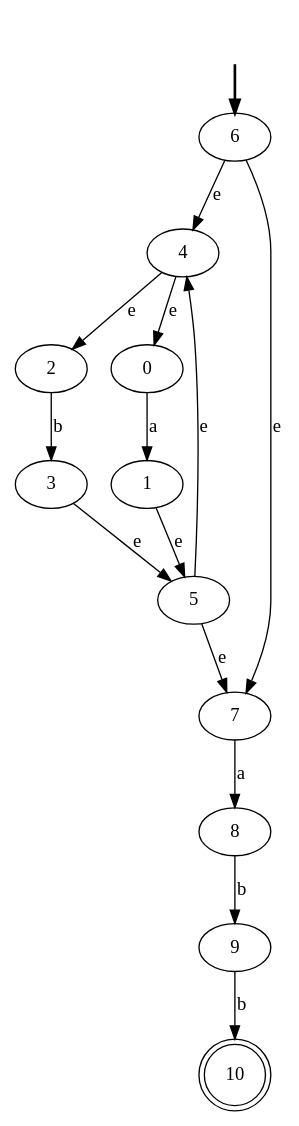
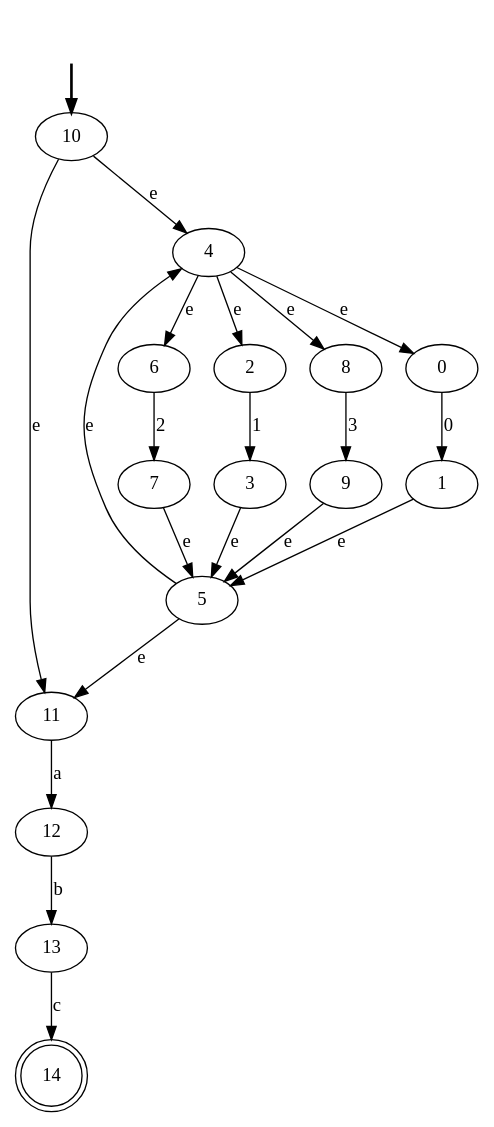
Before and after one commit to maupeon/Compiladores: the diagram in Tarea 1/graphic_NFA.dot, drawn with Graphviz. The commit also changed 14 other files, not shown here.

```diff
--- a/Tarea 1/graphic_NFA.dot
+++ b/Tarea 1/graphic_NFA.dot
@@ -1,28 +1,38 @@
 digraph {
 	fake0 [style=invisible]
+	14 [shape=doublecircle]
+	6
+	9
 	2
-	9
-	10 [shape=doublecircle]
 	8
+	12
+	5
+	7
+	11
+	1
 	4
+	13
+	3
 	0
-	3
-	7
-	1
-	6 [root=true]
-	5
-	fake0 -> 6 [style=bold]
-	0 -> 1 [label=a]
-	2 -> 3 [label=b]
+	10 [root=true]
+	fake0 -> 10 [style=bold]
+	0 -> 1 [label=0]
+	2 -> 3 [label=1]
+	4 -> 2 [label=e]
+	4 -> 6 [label=e]
+	4 -> 8 [label=e]
 	4 -> 0 [label=e]
-	4 -> 2 [label=e]
 	1 -> 5 [label=e]
 	3 -> 5 [label=e]
-	6 -> 4 [label=e]
-	6 -> 7 [label=e]
+	6 -> 7 [label=2]
+	7 -> 5 [label=e]
+	8 -> 9 [label=3]
+	9 -> 5 [label=e]
+	10 -> 11 [label=e]
+	10 -> 4 [label=e]
+	5 -> 11 [label=e]
 	5 -> 4 [label=e]
-	5 -> 7 [label=e]
-	7 -> 8 [label=a]
-	8 -> 9 [label=b]
-	9 -> 10 [label=b]
+	11 -> 12 [label=a]
+	12 -> 13 [label=b]
+	13 -> 14 [label=c]
 }
```
